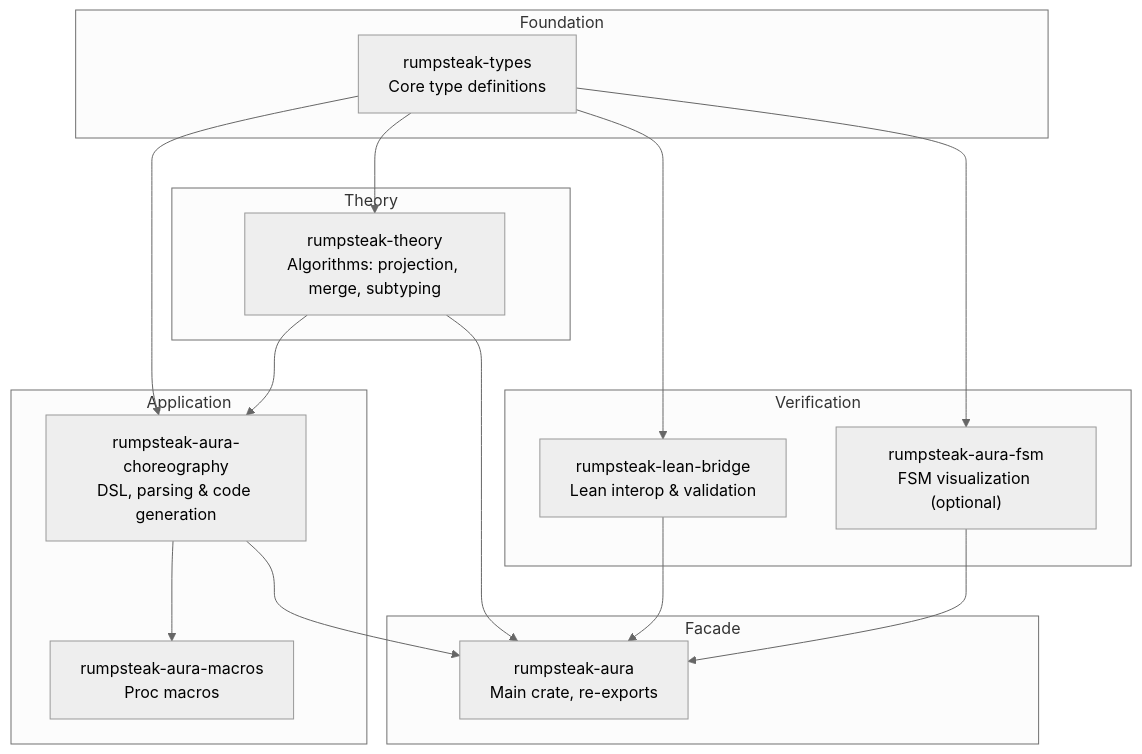
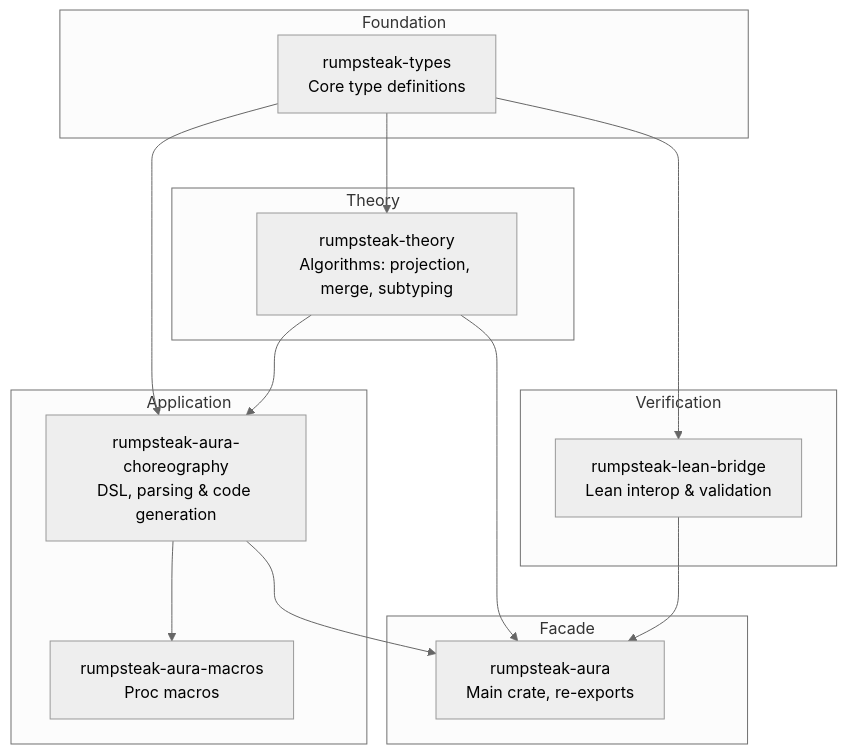
The diagram in docs/18_crate_architecture.md (hxrts/telltale), drawn with Mermaid (neutral theme) before and after one commit. The commit also changed other lines of this file and 24 other files, not shown here.

````diff
--- a/docs/18_crate_architecture.md
+++ b/docs/18_crate_architecture.md
@@ -7,38 +7,35 @@
 ```mermaid
 graph TB
     subgraph Foundation
         types["rumpsteak-types<br/>Core type definitions"]
     end
 
     subgraph Theory
         theory["rumpsteak-theory<br/>Algorithms: projection, merge, subtyping"]
     end
 
     subgraph Verification
         lean["rumpsteak-lean-bridge<br/>Lean interop & validation"]
-        fsm["rumpsteak-aura-fsm<br/>FSM visualization (optional)"]
     end
 
     subgraph Application
         choreo["rumpsteak-aura-choreography<br/>DSL, parsing & code generation"]
         macros["rumpsteak-aura-macros<br/>Proc macros"]
     end
 
     subgraph Facade
         main["rumpsteak-aura<br/>Main crate, re-exports"]
     end
 
     types --> theory
     types --> lean
-    types --> fsm
     types --> choreo
 
     theory --> choreo
 
     choreo --> macros
 
     theory --> main
     choreo --> main
     lean --> main
-    fsm --> main
 ```
````
